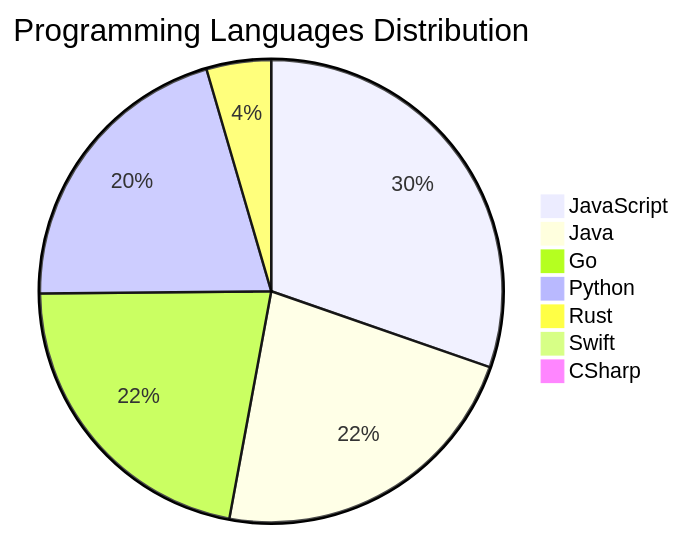
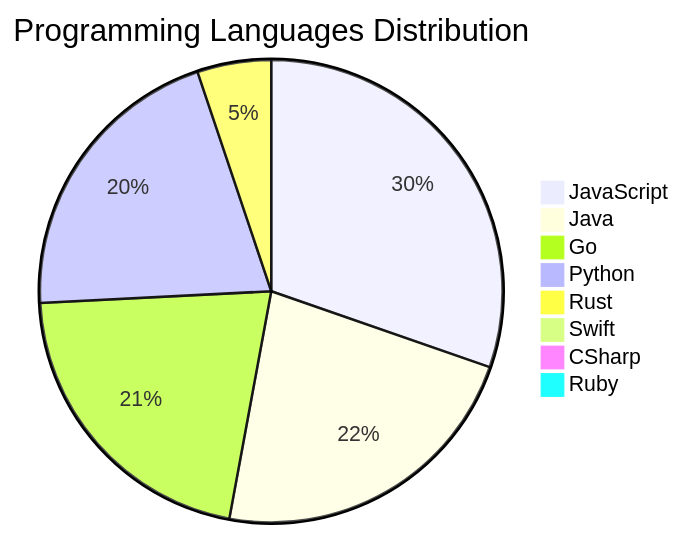
Before and after one commit to Derrick-MUGISHA/github-activity-bot: the diagram in README.md, drawn with Mermaid. The commit also changed other lines of this file and 4 other files, not shown here.

````diff
--- a/README.md
+++ b/README.md
@@ -207,10 +208,11 @@
 ```mermaid
 pie title Programming Languages Distribution
     "JavaScript" : 47
     "Java" : 35
-    "Go" : 34
+    "Go" : 33
     "Python" : 32
-    "Rust" : 7
+    "Rust" : 8
     "Swift" : 1
     "CSharp" : 1
+    "Ruby" : 1
 ```
````
